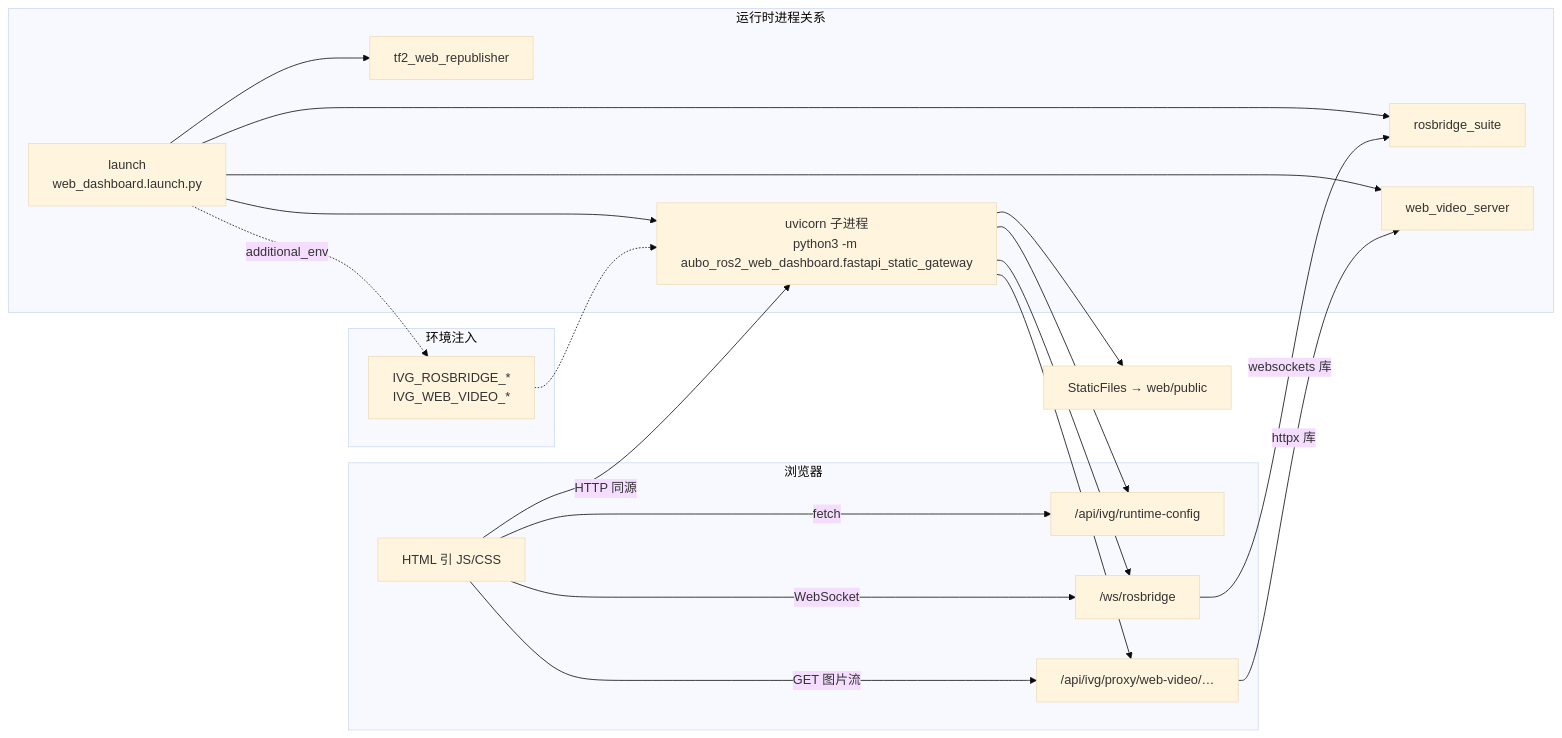
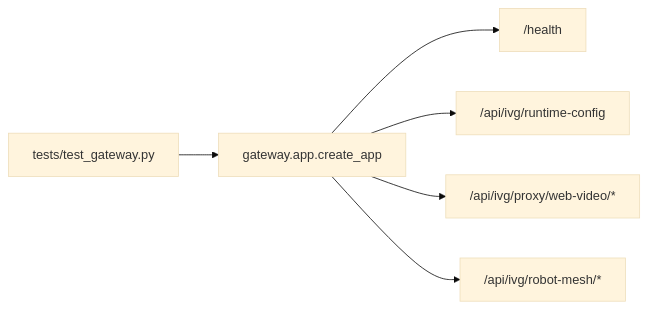
The eighth of 8 diagrams in aubo_ros2_ws/src/aubo_ros2_web_dashboard/docs/architecture_diagrams.md (MUHAN11-c/aubo_boot), drawn with Mermaid (base theme) before and after one commit. The commit also changed other lines of this file and 42 other files, not shown here.

````diff
--- a/aubo_ros2_ws/src/aubo_ros2_web_dashboard/docs/architecture_diagrams.md
+++ b/aubo_ros2_ws/src/aubo_ros2_web_dashboard/docs/architecture_diagrams.md
@@ -245,29 +197,8 @@
 ```mermaid
 flowchart LR
-  subgraph RUN["运行时进程关系"]
-    LP["launch<br/>web_dashboard.launch.py"] --> RB["rosbridge_suite"]
-    LP --> TF["tf2_web_republisher"]
-    LP --> WV["web_video_server"]
-    LP --> UV["uvicorn 子进程<br/>python3 -m aubo_ros2_web_dashboard.fastapi_static_gateway"]
-  end
-
-  subgraph ENV["环境注入"]
-    LP -.->|"additional_env"| E1["IVG_ROSBRIDGE_*<br/>IVG_WEB_VIDEO_*"]
-    E1 -.-> UV
-  end
-
-  subgraph BR["浏览器"]
-    PG["HTML 引 JS/CSS"] -->|"HTTP 同源"| UV
-    PG -->|"fetch"| CF["/api/ivg/runtime-config"]
-    PG -->|"WebSocket"| WS["/ws/rosbridge"]
-    PG -->|"GET 图片流"| HV["/api/ivg/proxy/web-video/…"]
-  end
-
-  UV --> SF["StaticFiles → web/public"]
-  UV --> CF
-  UV --> WS
-  UV --> HV
-
-  WS -->|"websockets 库"| RB
-  HV -->|"httpx 库"| WV
+  Tests["tests/test_gateway.py"] --> App["gateway.app.create_app"]
+  App --> Health["/health"]
+  App --> Runtime["/api/ivg/runtime-config"]
+  App --> Proxy["/api/ivg/proxy/web-video/*"]
+  App --> Mesh["/api/ivg/robot-mesh/*"]
 ```
````
